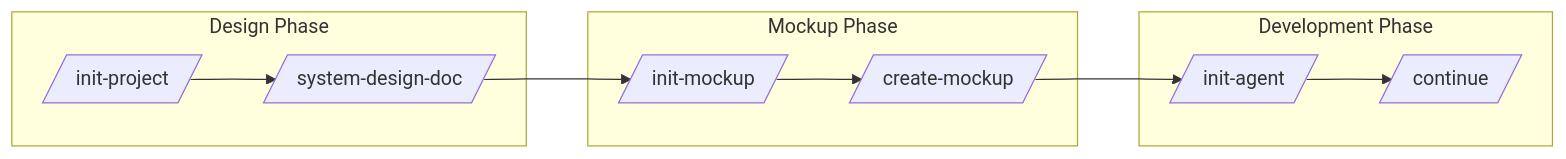
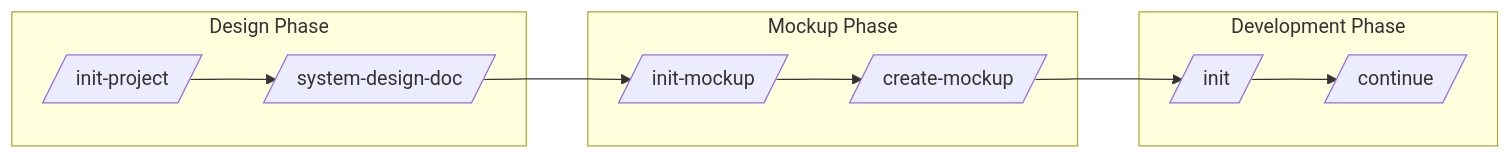
Before and after one commit to mounchons/AgentMarketPlace: the diagram in plugins/system-design-doc/README.md, drawn with Mermaid. The commit also changed other lines of this file and 38 other files, not shown here.

````diff
--- a/plugins/system-design-doc/README.md
+++ b/plugins/system-design-doc/README.md
@@ -264,23 +264,23 @@
 ```mermaid
 flowchart LR
     subgraph DesignPhase["Design Phase"]
         P1[/init-project/]
         P2[/system-design-doc/]
     end
 
     subgraph MockupPhase["Mockup Phase"]
         M1[/init-mockup/]
         M2[/create-mockup/]
     end
 
     subgraph DevPhase["Development Phase"]
-        D1[/init-agent/]
+        D1[/init/]
         D2[/continue/]
     end
 
     P1 --> P2
     P2 --> M1
     M1 --> M2
     M2 --> D1
     D1 --> D2
 ```
````
